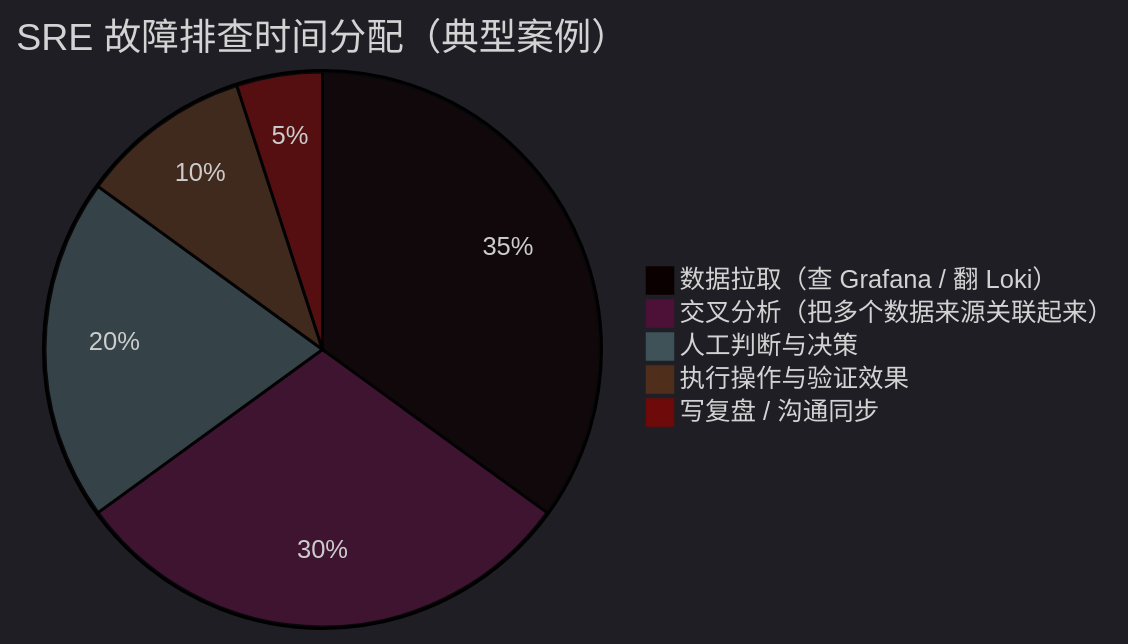
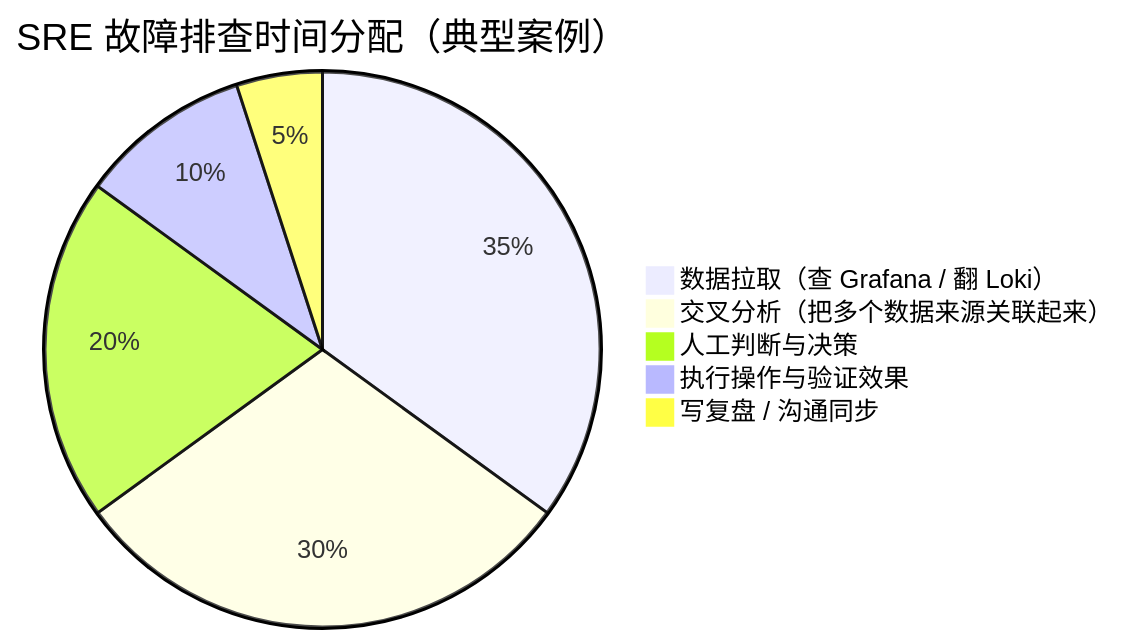
Before and after one commit to hpliStartAgain/my-brain: the first of 3 diagrams in content/SRE/AiOps/09 ChatOps 与 SRE-Copilot：LLM 驱动的运维交互新范式.md, drawn with Mermaid. The commit also changed other lines of this file and 10 other files, not shown here.

````diff
--- a/content/SRE/AiOps/09 ChatOps 与 SRE-Copilot：LLM 驱动的运维交互新范式.md
+++ b/content/SRE/AiOps/09 ChatOps 与 SRE-Copilot：LLM 驱动的运维交互新范式.md
@@ -32,9 +32,9 @@
 ```mermaid
-%%{init: {'theme': 'dark', 'themeVariables': {'primaryColor': '#6366f1', 'lineColor': '#94a3b8'}}}%%
+%%{init: {'theme': 'dracula', 'themeVariables': {'primaryColor': '#6366f1', 'lineColor': '#94a3b8'}}%%
 pie title SRE 故障排查时间分配（典型案例）
     "数据拉取（查 Grafana / 翻 Loki）" : 35
     "交叉分析（把多个数据来源关联起来）" : 30
     "人工判断与决策" : 20
     "执行操作与验证效果" : 10
     "写复盘 / 沟通同步" : 5
 ```
````
